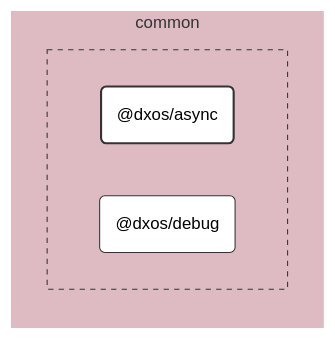
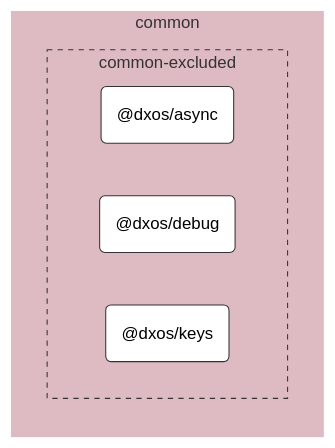
One commit to dxos/dxos changed the diagram in packages/common/async/docs/README.md. Above: the diagram before and after it, drawn with Mermaid (neutral theme). The commit also changed other lines of this file and 683 other files, not shown here.

````diff
--- a/packages/common/async/docs/README.md
+++ b/packages/common/async/docs/README.md
@@ -7,33 +7,28 @@
 ```mermaid
 %%{ init: {'flowchart':{'curve':'basis'}} }%%
 
 flowchart LR
 
-%% Links
+%% Classes
+classDef def fill:#fff,stroke:#333,stroke-width:1px
+classDef root fill:#fff,stroke:#333,stroke-width:4px
 
-%% Sections
-subgraph common
-  style common fill:#debac2,stroke:#fff;
+%% Nodes
 
+subgraph common [common]
+  style common fill:#debac2,stroke:#fff
 
-  subgraph common-excluded [ ]
-    style common-excluded fill:#debac2,stroke:#333,stroke-dasharray:5 5;
-
-    dxos/async("@dxos/async")
-    dxos/debug("@dxos/debug")
+  subgraph common-excluded [common-excluded]
+    style common-excluded fill:#debac2,stroke:#333,stroke-dasharray:5 5
+    dxos/async("@dxos/async"):::def
+    click dxos/async "dxos/dxos/tree/main/packages/common/async/docs"
+    dxos/debug("@dxos/debug"):::def
+    click dxos/debug "dxos/dxos/tree/main/packages/common/debug/docs"
+    dxos/keys("@dxos/keys"):::def
+    click dxos/keys "dxos/dxos/tree/main/packages/common/keys/docs"
   end
 end
 
-
-%% Hyperlinks
-click dxos/debug "dxos/dxos/tree/main/packages/common/debug/docs";
-
-%% Styles
-classDef rootNode fill:#fff,stroke:#333,stroke-width:2px
-classDef defaultNode fill:#fff,stroke:#333,stroke-width:1px
+%% Links
 linkStyle default stroke:#333,stroke-width:1px
-
-dxos/async:::rootNode
-
-dxos/debug:::defaultNode
 ```
````
